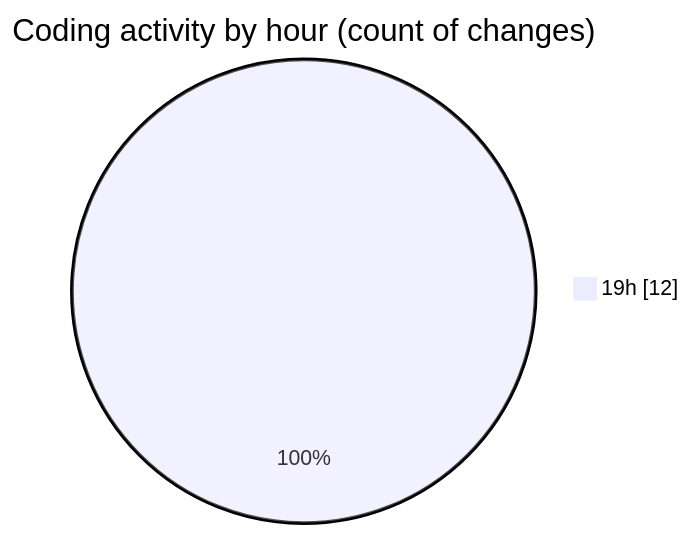
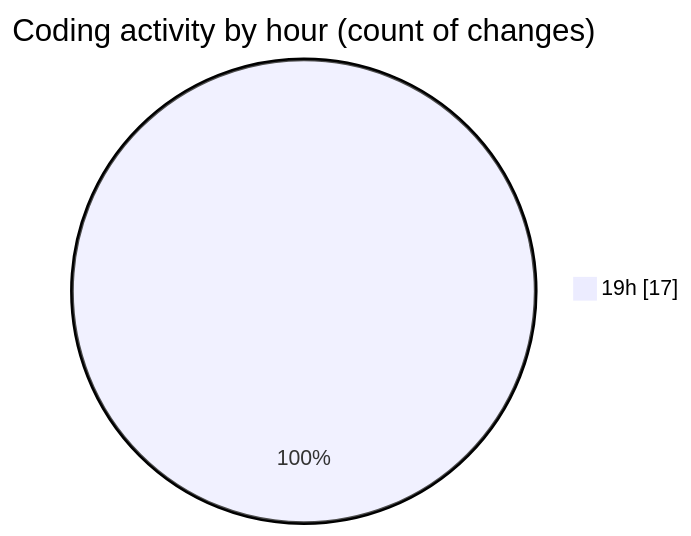
The second of 2 diagrams in 2025-02-28/cda/README.md (momahboobian/code-tracking), drawn with Mermaid before and after one commit. The commit also changed other lines of this file and 1 other file, not shown here.

````diff
--- a/2025-02-28/cda/README.md
+++ b/2025-02-28/cda/README.md
@@ -33,5 +33,5 @@
 ```mermaid
 pie showData
 title Coding activity by hour (count of changes)
-"19h" : 12
+"19h" : 17
 ```
````
